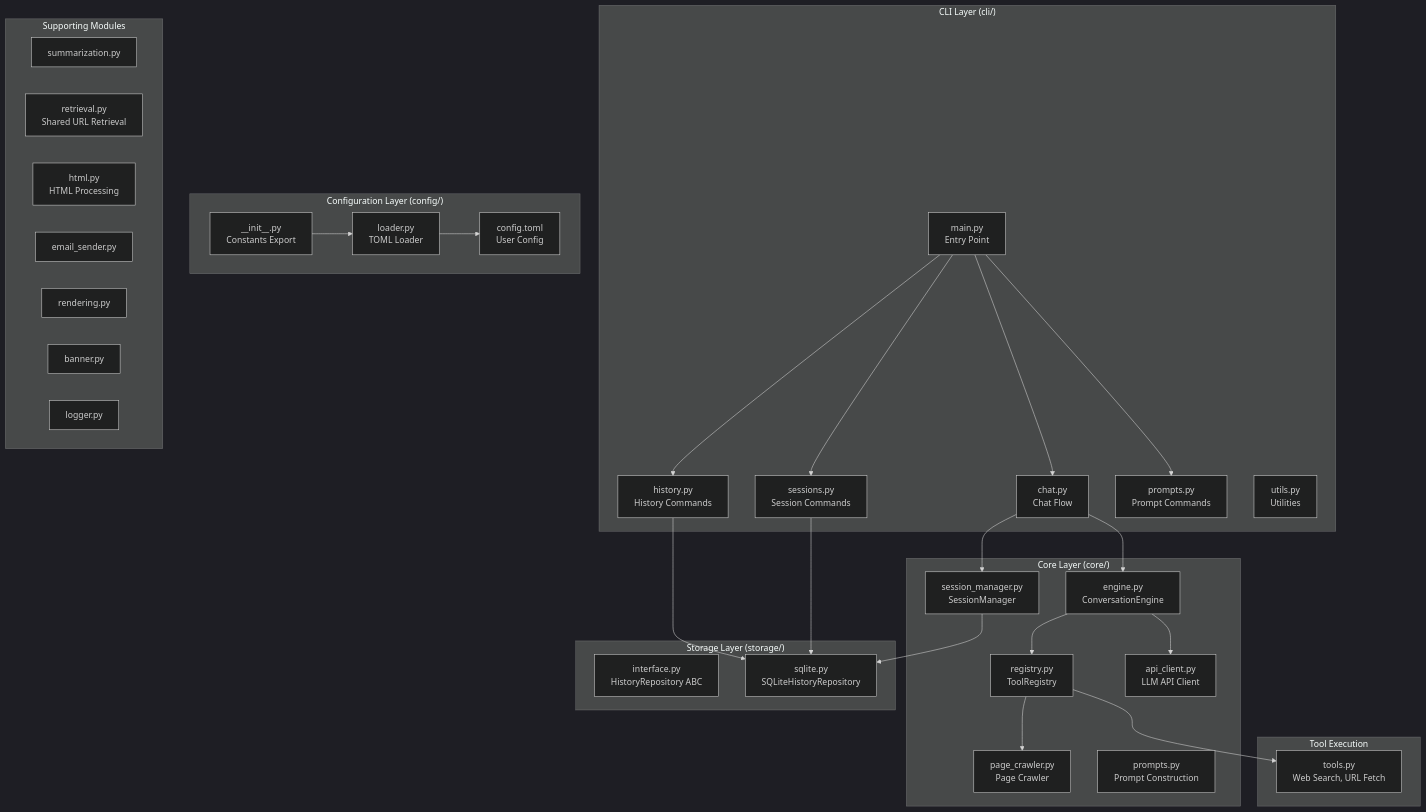
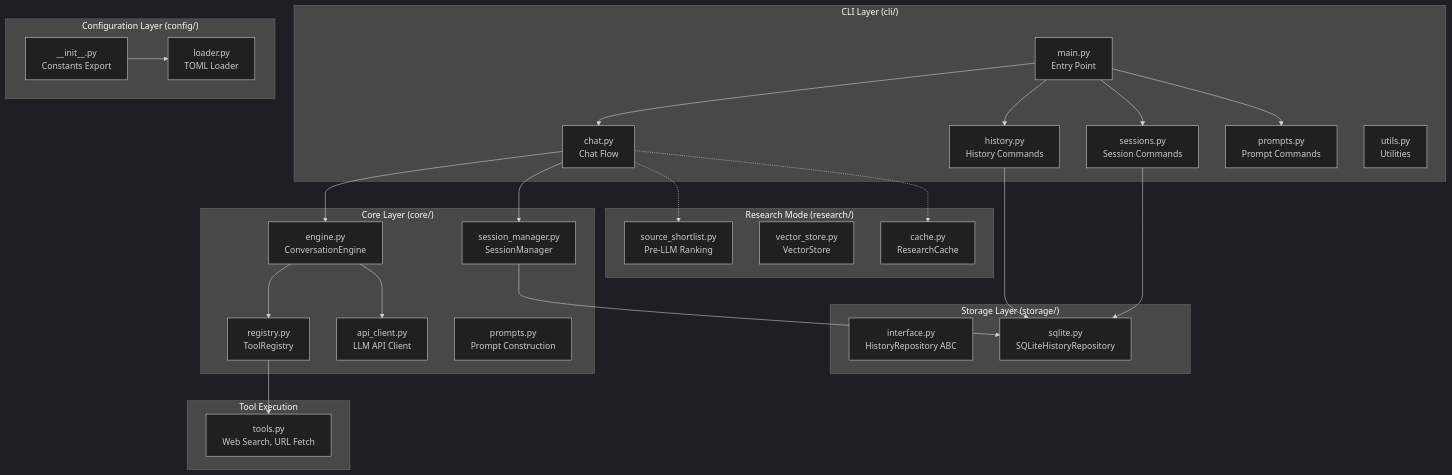
The diagram in ARCHITECTURE.md (evrenesat/asky), drawn with Mermaid (dark theme) before and after one commit. The commit also changed other lines of this file and 8 other files, not shown here.

Commit message:
feat: Introduce detailed package documentation using `AGENTS.md` files, update `ARCHITECTURE.md` to reference them and include the research module, and create `DEVLOG_ARCHIVE.md`.

````diff
--- a/ARCHITECTURE.md
+++ b/ARCHITECTURE.md
@@ -9,61 +9,55 @@
 ```mermaid
 graph TB
     subgraph CLI["CLI Layer (cli/)"]
         main["main.py<br/>Entry Point"]
         chat["chat.py<br/>Chat Flow"]
         history["history.py<br/>History Commands"]
         sessions_cli["sessions.py<br/>Session Commands"]
         prompts_cli["prompts.py<br/>Prompt Commands"]
         utils["utils.py<br/>Utilities"]
     end
 
     subgraph Core["Core Layer (core/)"]
         engine["engine.py<br/>ConversationEngine"]
         registry["registry.py<br/>ToolRegistry"]
         api_client["api_client.py<br/>LLM API Client"]
         session_mgr["session_manager.py<br/>SessionManager"]
-        page_crawler["page_crawler.py<br/>Page Crawler"]
         prompts_core["prompts.py<br/>Prompt Construction"]
     end
 
     subgraph Storage["Storage Layer (storage/)"]
         interface["interface.py<br/>HistoryRepository ABC"]
         sqlite["sqlite.py<br/>SQLiteHistoryRepository"]
     end
 
     subgraph Config["Configuration Layer (config/)"]
         config_init["__init__.py<br/>Constants Export"]
         loader["loader.py<br/>TOML Loader"]
-        config_toml["config.toml<br/>User Config"]
+    end
+
+    subgraph Research["Research Mode (research/)"]
+        cache["cache.py<br/>ResearchCache"]
+        vector["vector_store.py<br/>VectorStore"]
+        shortlist["source_shortlist.py<br/>Pre-LLM Ranking"]
     end
 
     subgraph Tools["Tool Execution"]
         tools["tools.py<br/>Web Search, URL Fetch"]
-    end
-
-    subgraph Other["Supporting Modules"]
-        summarization["summarization.py"]
-        retrieval["retrieval.py<br/>Shared URL Retrieval"]
-        html["html.py<br/>HTML Processing"]
-        email_mod["email_sender.py"]
-        rendering["rendering.py"]
-        banner["banner.py"]
-        logger_mod["logger.py"]
     end
 
     main --> chat
     main --> history
     main --> sessions_cli
     main --> prompts_cli
     chat --> engine
     engine --> registry
     engine --> api_client
     chat --> session_mgr
     session_mgr --> sqlite
     history --> sqlite
     sessions_cli --> sqlite
     registry --> tools
-    registry --> page_crawler
     config_init --> loader
-    loader --> config_toml
+    chat -.-> shortlist
+    chat -.-> cache
 ```
````
